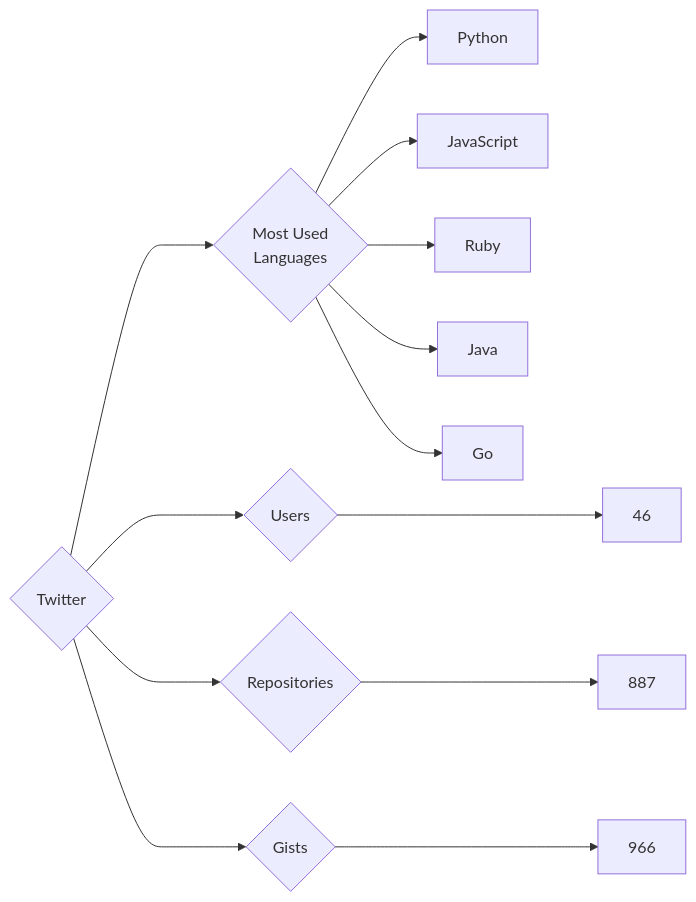
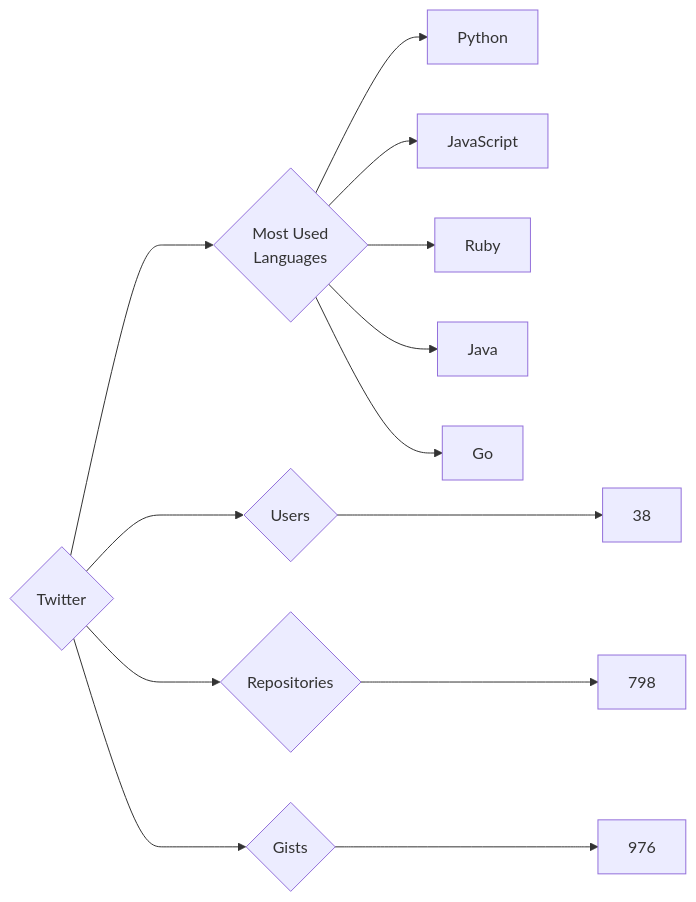
One commit to trickest/insiders changed the diagram in targets/Twitter/README.md. Above: the diagram before and after it, drawn with Mermaid. The commit also changed 898 other files, not shown here.

````diff
--- a/targets/Twitter/README.md
+++ b/targets/Twitter/README.md
@@ -3,13 +3,13 @@
 ```mermaid
 graph LR
 COMPANY_NAME{Twitter}
-COMPANY_NAME ---> U{Users} ---> UN[46]
-COMPANY_NAME ---> R{Repositories} ---> RN[887]
-COMPANY_NAME ---> G{Gists} ---> GN[966]
+COMPANY_NAME ---> U{Users} ---> UN[38]
+COMPANY_NAME ---> R{Repositories} ---> RN[798]
+COMPANY_NAME ---> G{Gists} ---> GN[976]
 COMPANY_NAME ---> ML{Most Used<br>Languages}
 ML --> Python[Python]
 ML --> JavaScript[JavaScript]
 ML --> Ruby[Ruby]
 ML --> Java[Java]
 ML --> Go[Go]
 ```
````
